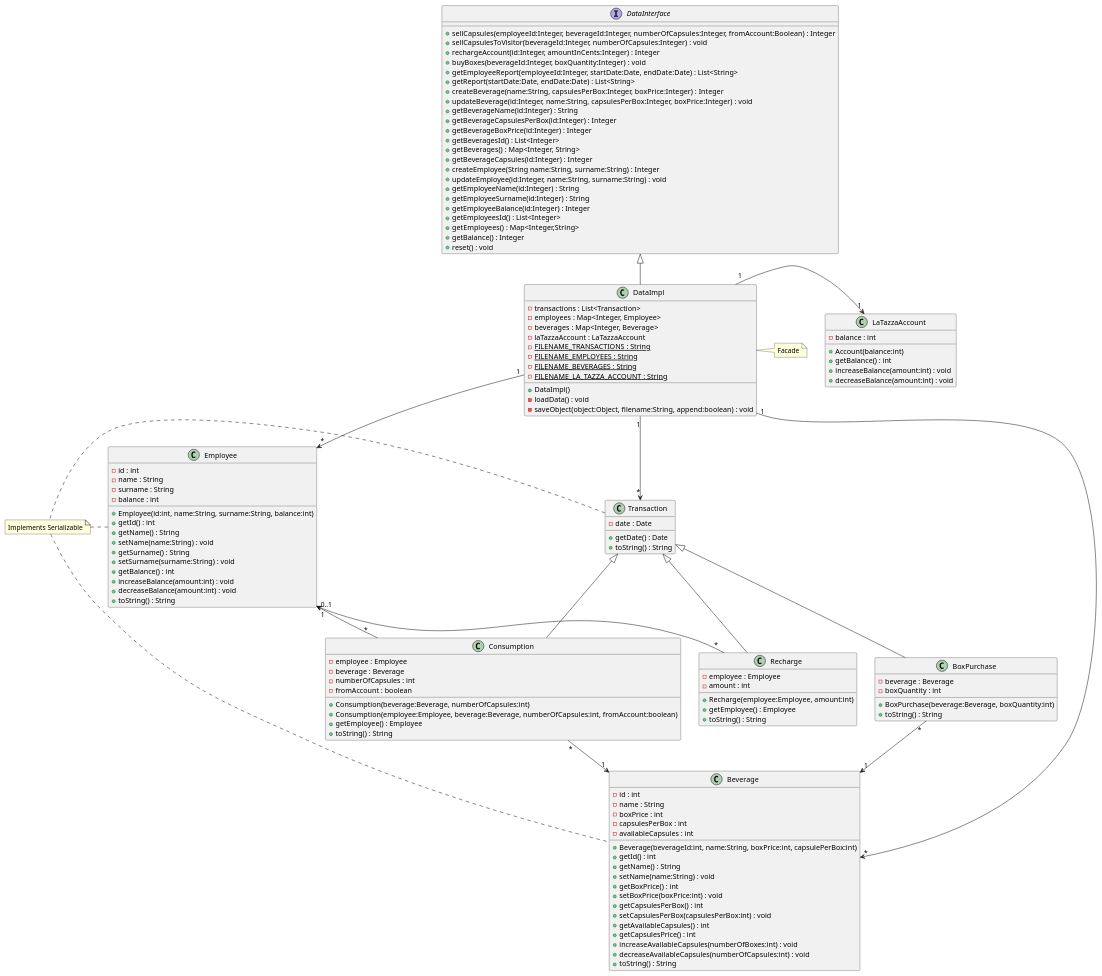
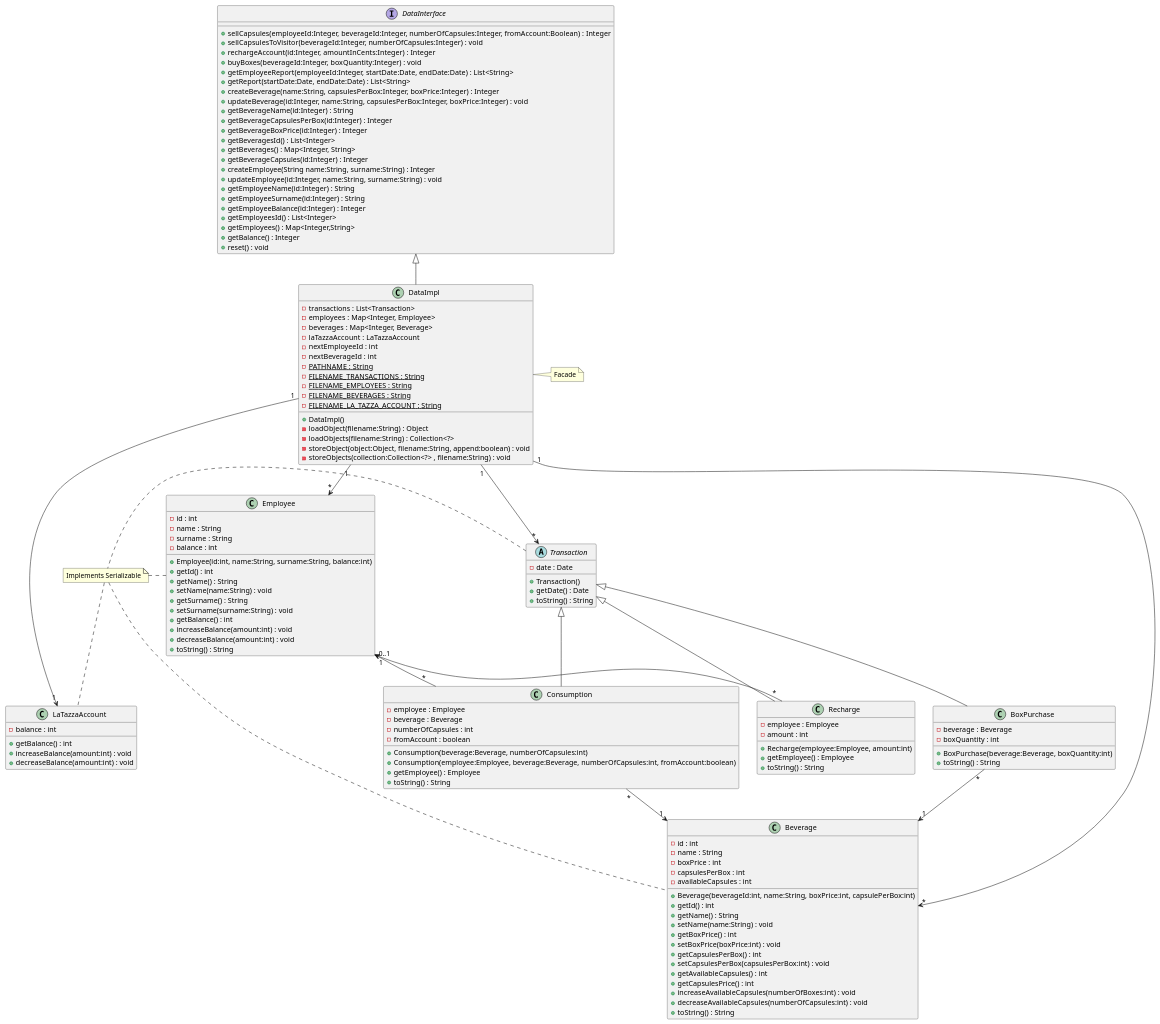
One commit to eloparco/LaTazza changed the third of 6 diagrams in design_document.md. Above: the diagram before and after it, drawn with PlantUML. The commit also changed other lines of this file, not shown here.

Commit message:
Update design document to reflect changes in the code

````diff
--- a/design_document.md
+++ b/design_document.md
@@ -57,7 +57,7 @@
 class LaTazzaAccount	
 class Employee
 together {
-	class Transaction
+	abstract class Transaction
 	class Recharge
 	class BoxPurchase
 	class Consumption
@@ -105,13 +105,18 @@
 DataImpl : -employees : Map<Integer, Employee>
 DataImpl : -beverages : Map<Integer, Beverage> 
 DataImpl : -laTazzaAccount : LaTazzaAccount
+DataImpl : -nextEmployeeId : int
+DataImpl : -nextBeverageId : int
+DataImpl : -<u>PATHNAME : String
 DataImpl : -<u>FILENAME_TRANSACTIONS : String
 DataImpl : -<u>FILENAME_EMPLOYEES : String
 DataImpl : -<u>FILENAME_BEVERAGES : String
 DataImpl : -<u>FILENAME_LA_TAZZA_ACCOUNT : String
 DataImpl : +DataImpl()
-DataImpl : -loadData() : void
-DataImpl : -saveObject(object:Object, filename:String, append:boolean) : void
+DataImpl : -loadObject(filename:String) : Object
+DataImpl : -loadObjects(filename:String) : Collection<?>
+DataImpl : -storeObject(object:Object, filename:String, append:boolean) : void
+DataImpl : -storeObjects(collection:Collection<?> , filename:String) : void
 
 Beverage : -id : int
 Beverage : -name : String
@@ -133,7 +138,6 @@
 Beverage : +toString() : String
 
 LaTazzaAccount : -balance : int
-LaTazzaAccount : +Account(balance:int)
 LaTazzaAccount : +getBalance() : int
 LaTazzaAccount : +increaseBalance(amount:int) : void
 LaTazzaAccount : +decreaseBalance(amount:int) : void
@@ -154,6 +158,7 @@
 Employee : +toString() : String
 
 Transaction : -date : Date
+Transaction : +Transaction()
 Transaction : +getDate() : Date
 Transaction : +toString() : String
 
@@ -182,4 +187,5 @@
 Transaction . N1 
 N1 . Employee
 N1 .. Beverage
+N1 .. LaTazzaAccount
 ```
````
